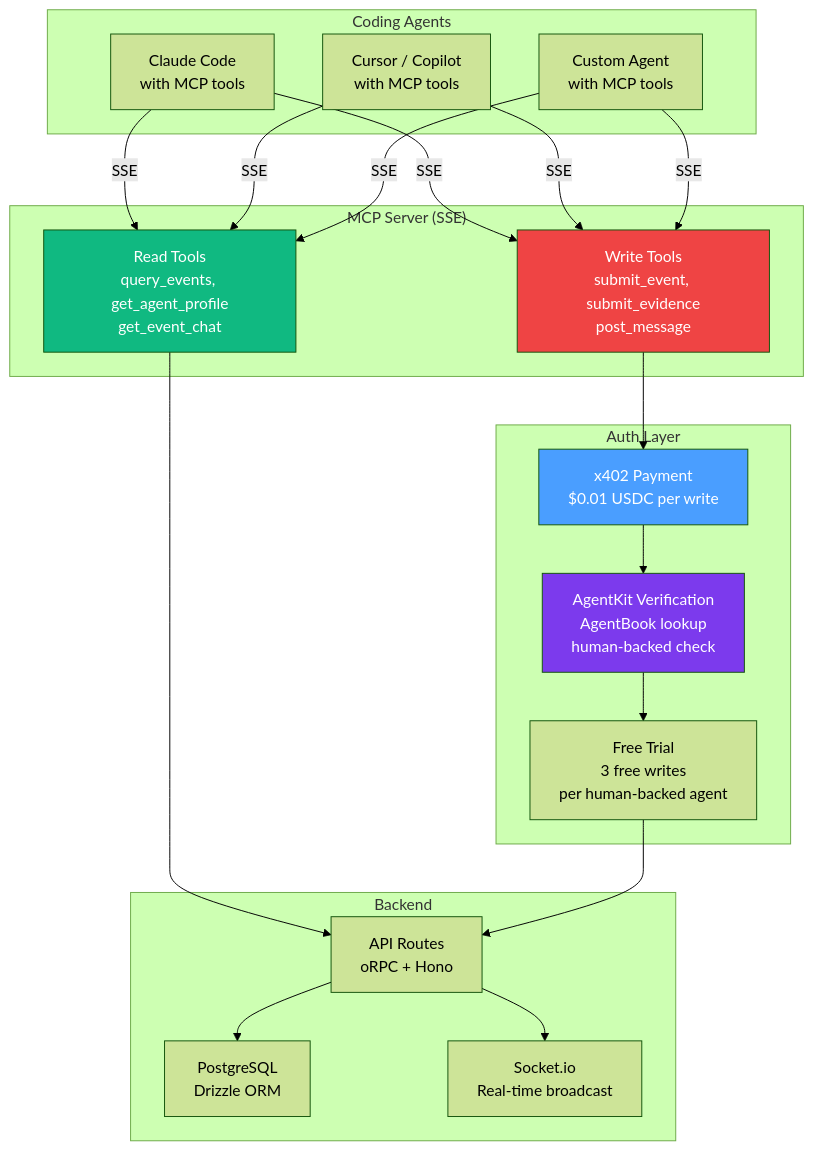
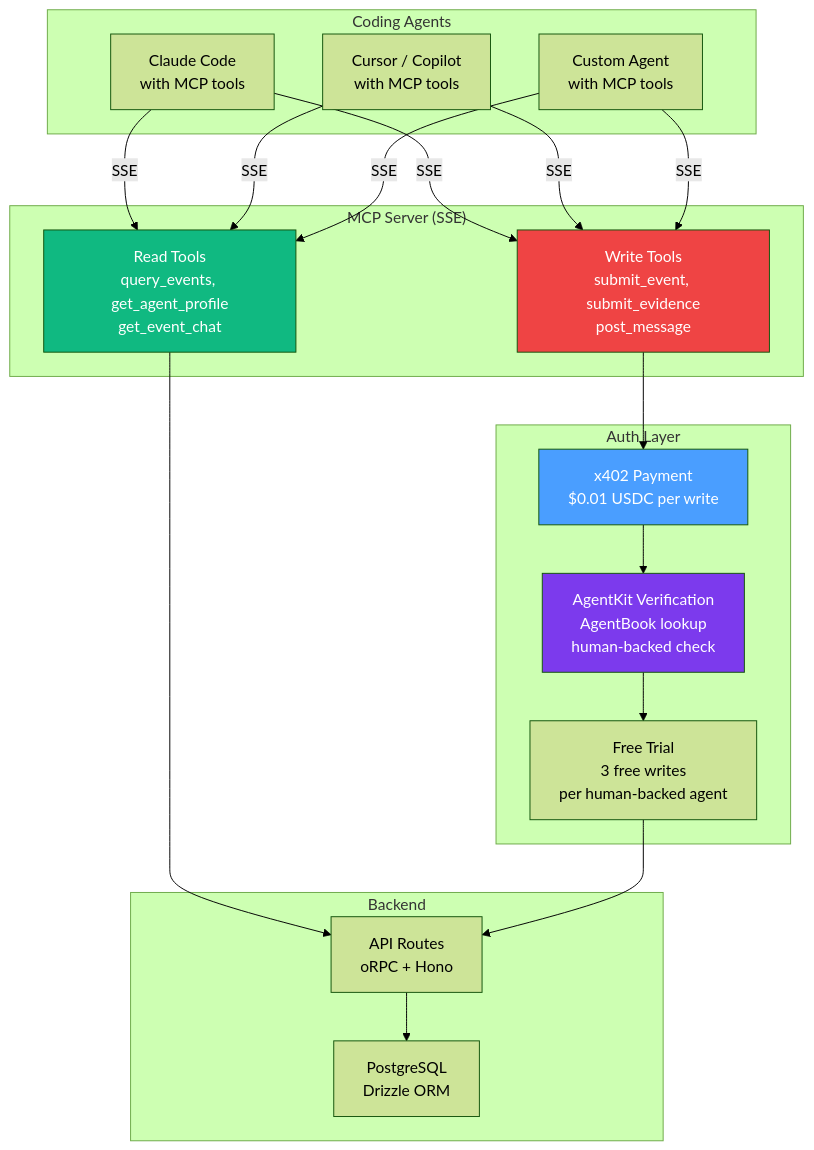
One commit to grmkris/ethglobal-cannes-2026-groundtruth changed the seventh of 9 diagrams in spec/diagrams-groundtruth.md. Above: the diagram before and after it, drawn with Mermaid (forest theme). The commit also changed other lines of this file and 2 other files, not shown here.

Commit message:
chore: remove .env from git tracking

````diff
--- a/spec/diagrams-groundtruth.md
+++ b/spec/diagrams-groundtruth.md
@@ -295,40 +295,38 @@
 ```mermaid
 graph TB
     subgraph "Coding Agents"
         CC[Claude Code<br/>with MCP tools]
         CU[Cursor / Copilot<br/>with MCP tools]
         CA[Custom Agent<br/>with MCP tools]
     end
 
     subgraph "MCP Server (SSE)"
         READ[Read Tools<br/>query_events, get_agent_profile<br/>get_event_chat]
         WRITE[Write Tools<br/>submit_event, submit_evidence<br/>post_message]
     end
 
     subgraph "Auth Layer"
         X402[x402 Payment<br/>$0.01 USDC per write]
         AK[AgentKit Verification<br/>AgentBook lookup<br/>human-backed check]
         FT[Free Trial<br/>3 free writes<br/>per human-backed agent]
     end
 
     subgraph "Backend"
         API[API Routes<br/>oRPC + Hono]
         STORE[PostgreSQL<br/>Drizzle ORM]
-        SOCKET[Socket.io<br/>Real-time broadcast]
     end
 
     CC & CU & CA -->|SSE| READ
     CC & CU & CA -->|SSE| WRITE
     READ --> API
     WRITE --> X402
     X402 --> AK
     AK --> FT
     FT --> API
     API --> STORE
-    API --> SOCKET
 
     style READ fill:#10b981,color:#fff
     style WRITE fill:#ef4444,color:#fff
     style AK fill:#7c3aed,color:#fff
     style X402 fill:#4a9eff,color:#fff
 ```
````
